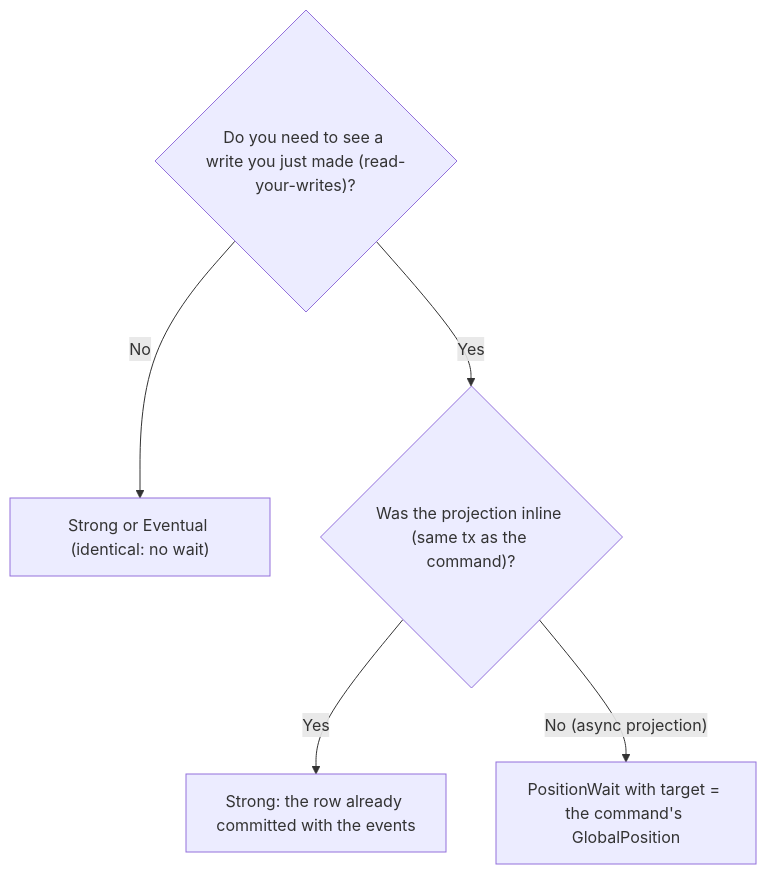
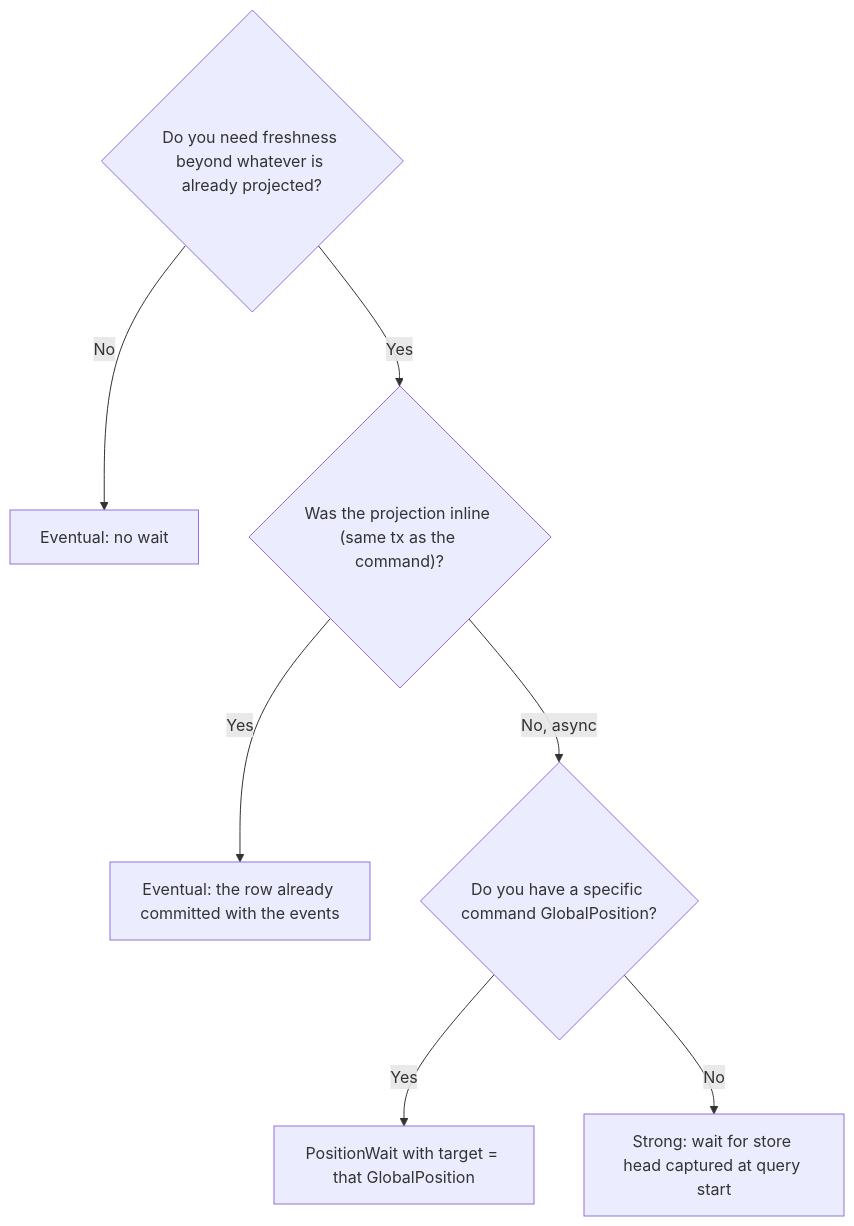
The diagram in content/docs/keiro/how-to/choose-a-consistency-mode.mdx (shinzui/keiro-runtime-docs), drawn with Mermaid before and after one commit. The commit also changed other lines of this file and 27 other files, not shown here.

First line of the commit message:
docs(keiro): refresh command and read-side docs

````diff
--- a/content/docs/keiro/how-to/choose-a-consistency-mode.mdx
+++ b/content/docs/keiro/how-to/choose-a-consistency-mode.mdx
@@ -19,8 +21,10 @@
 ```mermaid
 flowchart TD
-  Q{"Do you need to see a write you just made (read-your-writes)?"}
-  Q -- "No" --> S["Strong or Eventual (identical: no wait)"]
+  Q{"Do you need freshness beyond whatever is already projected?"}
+  Q -- "No" --> E["Eventual: no wait"]
   Q -- "Yes" --> A{"Was the projection inline (same tx as the command)?"}
-  A -- "Yes" --> S2["Strong: the row already committed with the events"]
-  A -- "No (async projection)" --> P["PositionWait with target = the command's GlobalPosition"]
+  A -- "Yes" --> E2["Eventual: the row already committed with the events"]
+  A -- "No, async" --> W{"Do you have a specific command GlobalPosition?"}
+  W -- "Yes" --> P["PositionWait with target = that GlobalPosition"]
+  W -- "No" --> S["Strong: wait for store head captured at query start"]
 ```
````
